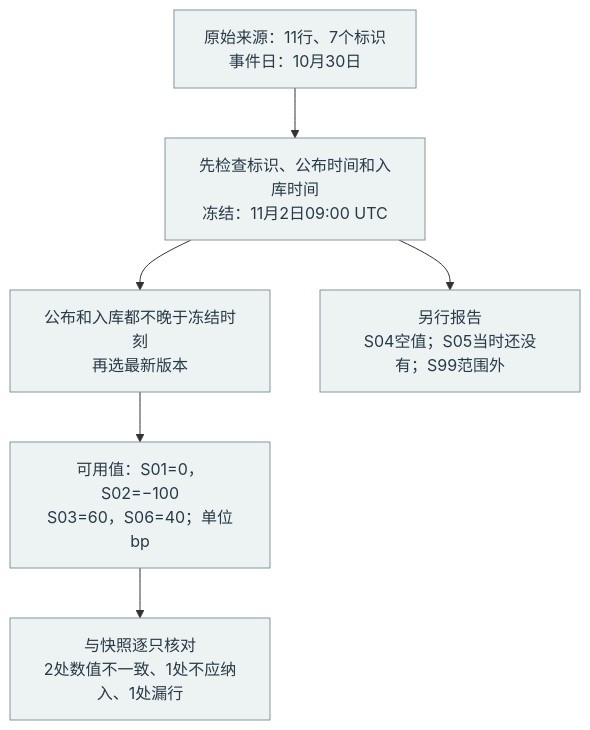
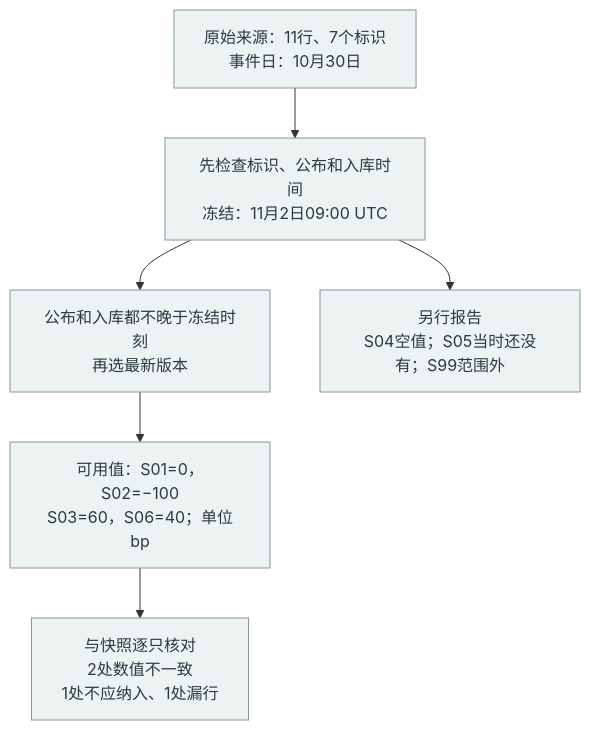
Before and after one commit to HengYangDS/rethinking-work: the diagram in diagrams/reconcile.mmd, drawn with Mermaid. The commit also changed 4 other files, not shown here.

```diff
--- a/diagrams/reconcile.mmd
+++ b/diagrams/reconcile.mmd
@@ -1,8 +1,8 @@
 flowchart TD
- A["原始来源：11行、7个标识<br/>事件日：10月30日"] --> B["先检查标识、公布时间和入库时间<br/>冻结：11月2日09:00 UTC"]
+ A["原始来源：11行、7个标识<br/>事件日：10月30日"] --> B["先检查标识、公布和入库时间<br/>冻结：11月2日09:00 UTC"]
  B --> C["公布和入库都不晚于冻结时刻<br/>再选最新版本"]
  C --> D["可用值：S01=0，S02=−100<br/>S03=60，S06=40；单位bp"]
- D --> E["与快照逐只核对<br/>2处数值不一致、1处不应纳入、1处漏行"]
+ D --> E["与快照逐只核对<br/>2处数值不一致<br/>1处不应纳入、1处漏行"]
  B --> Q["另行报告<br/>S04空值；S05当时还没有；S99范围外"]
 classDef base fill:#edf2f3,stroke:#82979f,color:#273b46,stroke-width:1px;
 class A,B,C,D,E,Q base;
```
